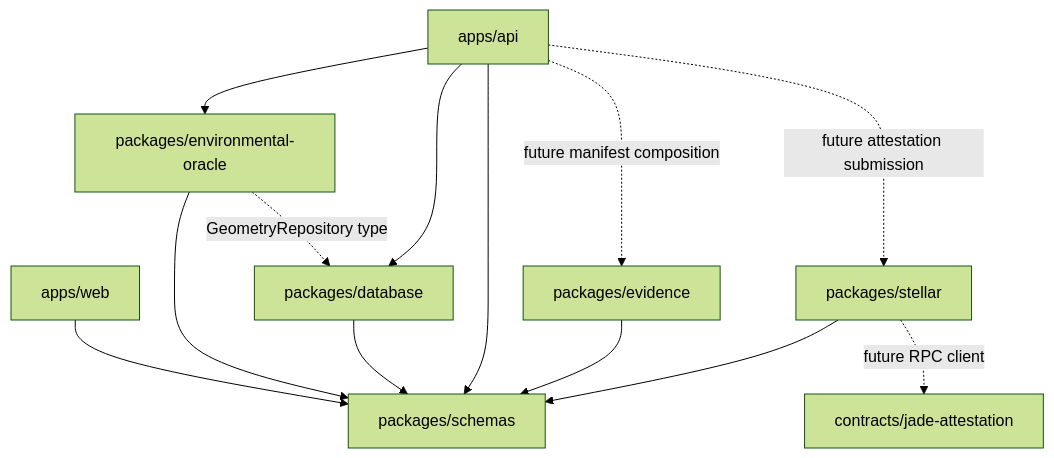
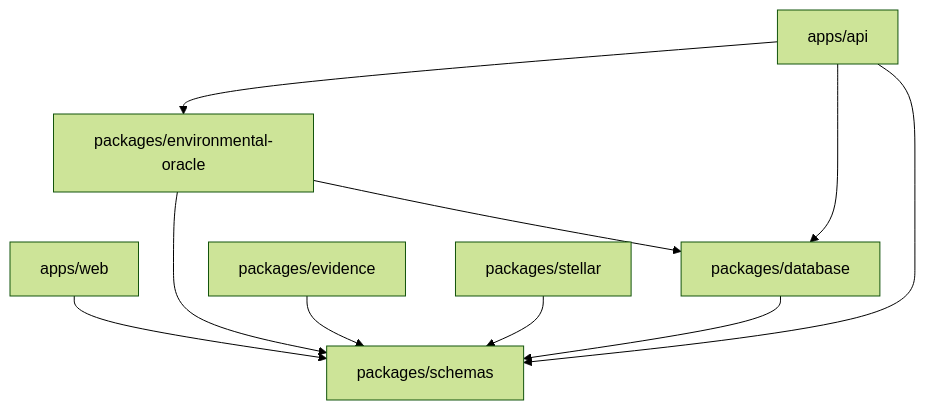
Before and after one commit to patrolatech/jade-mt: the diagram in docs/architecture/monorepo.md, drawn with Mermaid (forest theme). The commit also changed other lines of this file and 63 other files, not shown here.

````diff
--- a/docs/architecture/monorepo.md
+++ b/docs/architecture/monorepo.md
@@ -19,15 +18,12 @@
 ```mermaid
 flowchart TD
   web[apps/web] --> schemas[packages/schemas]
   api[apps/api] --> oracle[packages/environmental-oracle]
   api --> db[packages/database]
   api --> schemas
   oracle --> schemas
-  oracle -. GeometryRepository type .-> db
+  oracle --> db
   db --> schemas
   evidence[packages/evidence] --> schemas
   stellar[packages/stellar] --> schemas
-  api -. future manifest composition .-> evidence
-  api -. future attestation submission .-> stellar
-  stellar -. future RPC client .-> contract[contracts/jade-attestation]
 ```
````
